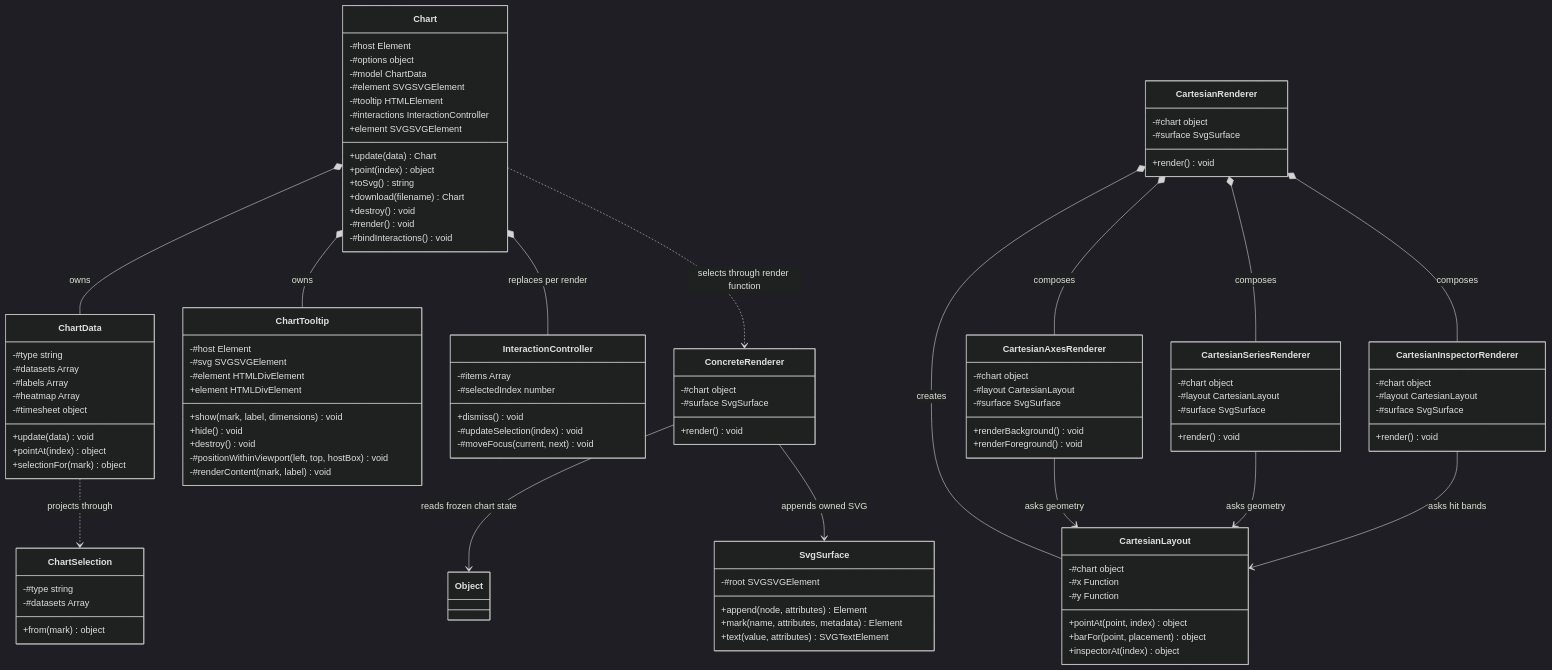
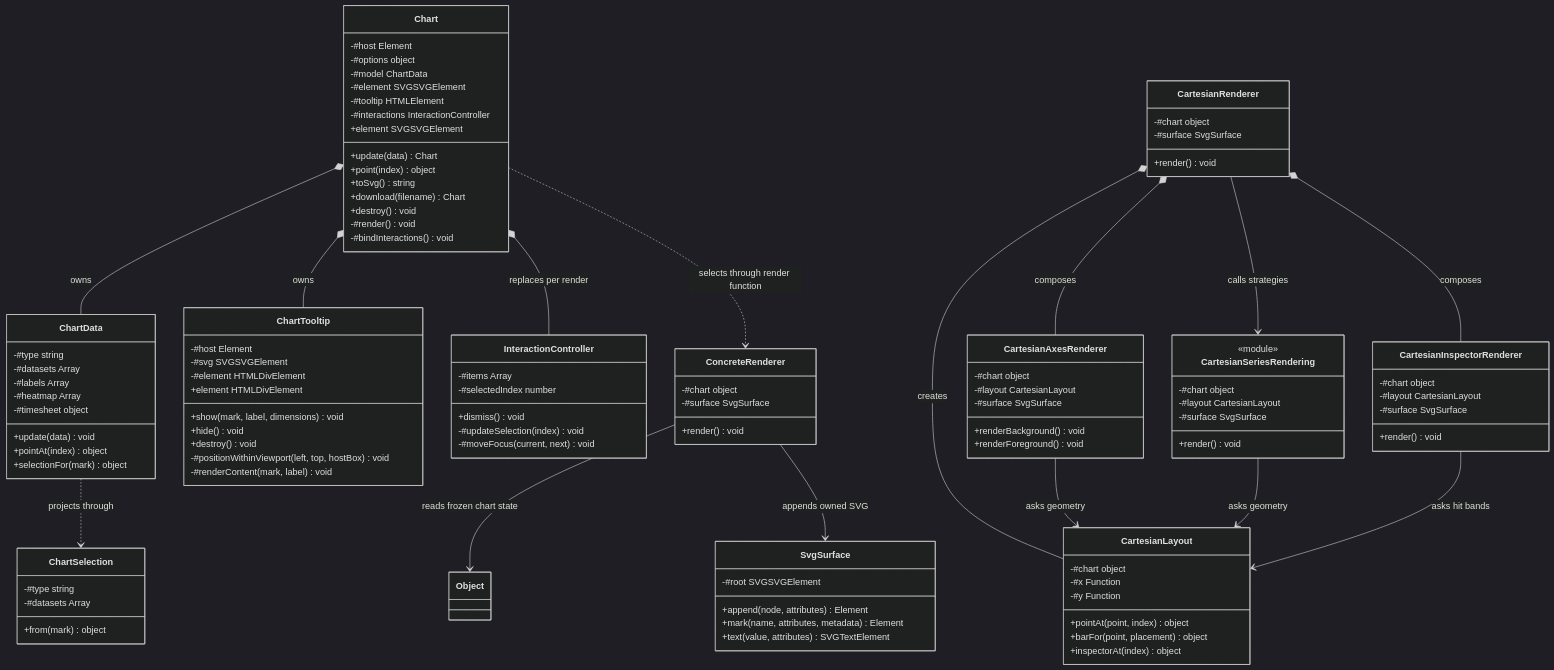
Before and after one commit to orchidsoftware/charts: the diagram in maintainers/ARCHITECTURE.md, drawn with Mermaid (dark theme). The commit also changed other lines of this file and 60 other files, not shown here.

Commit message:
refactor: reorganize internals and expand chart laboratory

````diff
--- a/maintainers/ARCHITECTURE.md
+++ b/maintainers/ARCHITECTURE.md
@@ -156,7 +176,8 @@
     +renderForeground() void
   }
 
-  class CartesianSeriesRenderer {
+  class CartesianSeriesRendering {
+    <<module>>
     -#chart object
     -#layout CartesianLayout
     -#surface SvgSurface
@@ -179,9 +200,9 @@
   ConcreteRenderer --> SvgSurface : appends owned SVG
   CartesianRenderer *-- CartesianLayout : creates
   CartesianRenderer *-- CartesianAxesRenderer : composes
-  CartesianRenderer *-- CartesianSeriesRenderer : composes
+  CartesianRenderer --> CartesianSeriesRendering : calls strategies
   CartesianRenderer *-- CartesianInspectorRenderer : composes
   CartesianAxesRenderer --> CartesianLayout : asks geometry
-  CartesianSeriesRenderer --> CartesianLayout : asks geometry
+  CartesianSeriesRendering --> CartesianLayout : asks geometry
   CartesianInspectorRenderer --> CartesianLayout : asks hit bands
 ```
````
